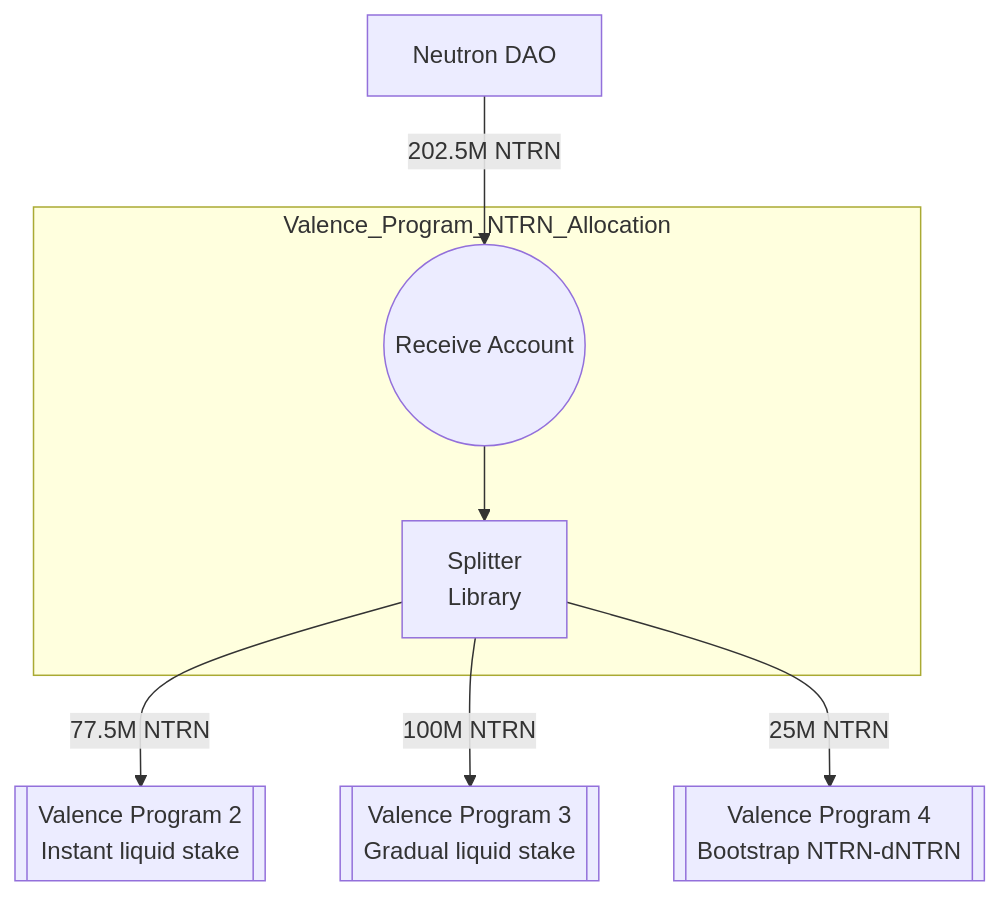
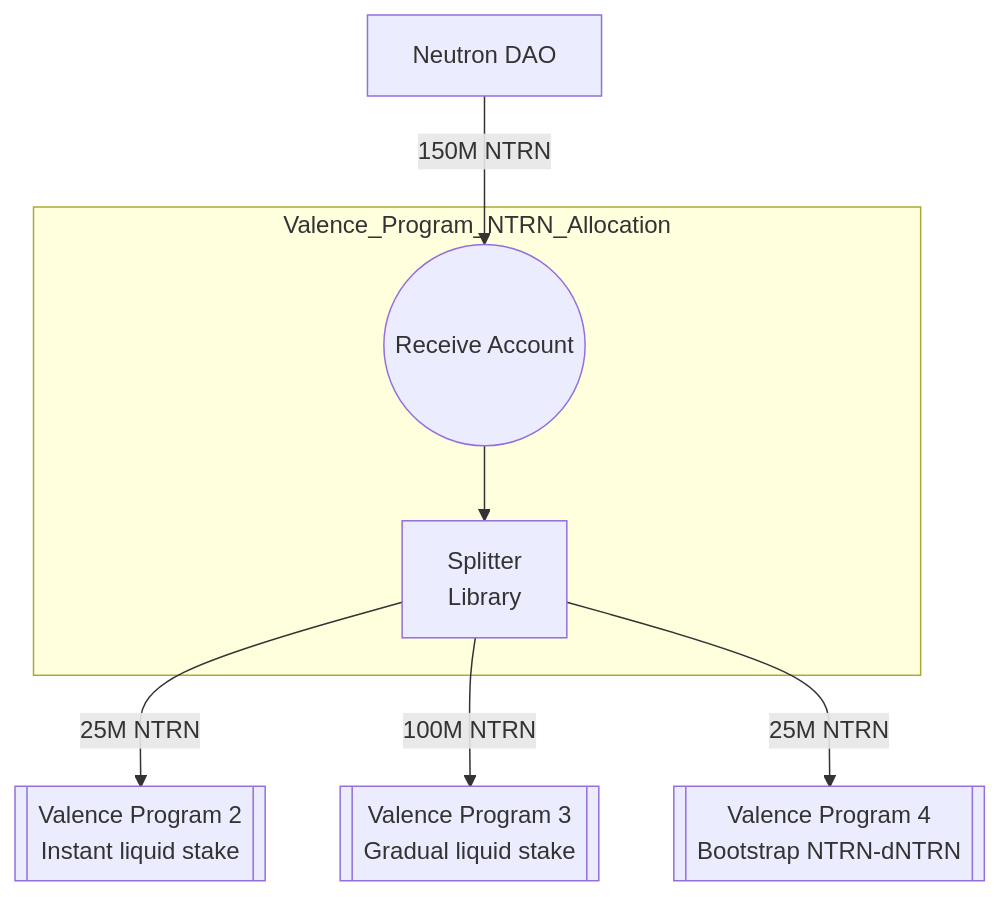
One commit to timewave-computer/timewave-program-deployments changed the diagram in programs/2025-03-23-prod-dICS-ntrn-allocation/README.md. Above: the diagram before and after it, drawn with Mermaid. The commit also changed other lines of this file and 1 other file, not shown here.

Commit message:
finalize params based on final update from Neutron team in tg

````diff
--- a/programs/2025-03-23-prod-dICS-ntrn-allocation/README.md
+++ b/programs/2025-03-23-prod-dICS-ntrn-allocation/README.md
@@ -13,16 +13,16 @@
 ```mermaid
 graph TB;
     N1[Neutron DAO]
     subgraph Valence_Program_NTRN_Allocation
         RA((Receive Account))
         SL[Splitter<br>Library]
     end
     VP2[[Valence Program 2<br>Instant liquid stake]]
     VP3[[Valence Program 3<br>Gradual liquid stake]]
     VP4[[Valence Program 4<br>Bootstrap NTRN-dNTRN]]
-    N1 --202.5M NTRN--> RA
+    N1 --150M NTRN--> RA
     RA --> SL
-    SL -- 77.5M NTRN --> VP2
+    SL -- 25M NTRN --> VP2
     SL -- 100M NTRN --> VP3
     SL -- 25M NTRN --> VP4
 ```
````
